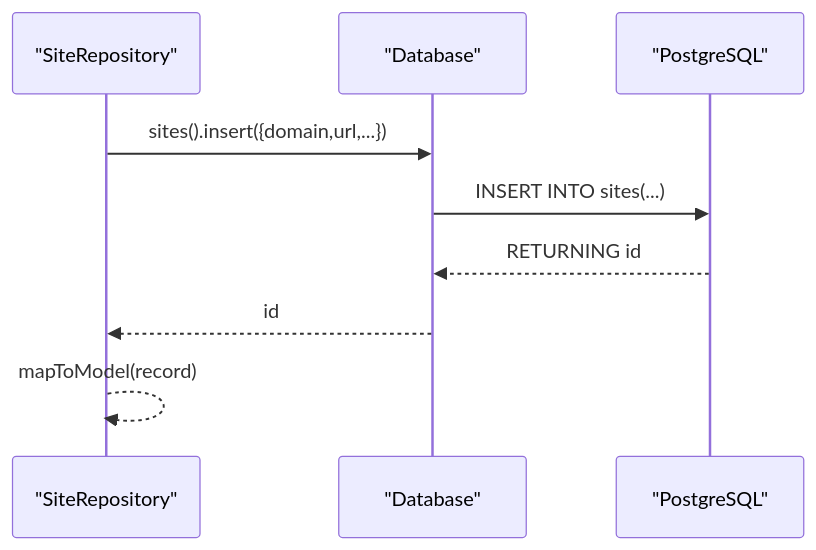
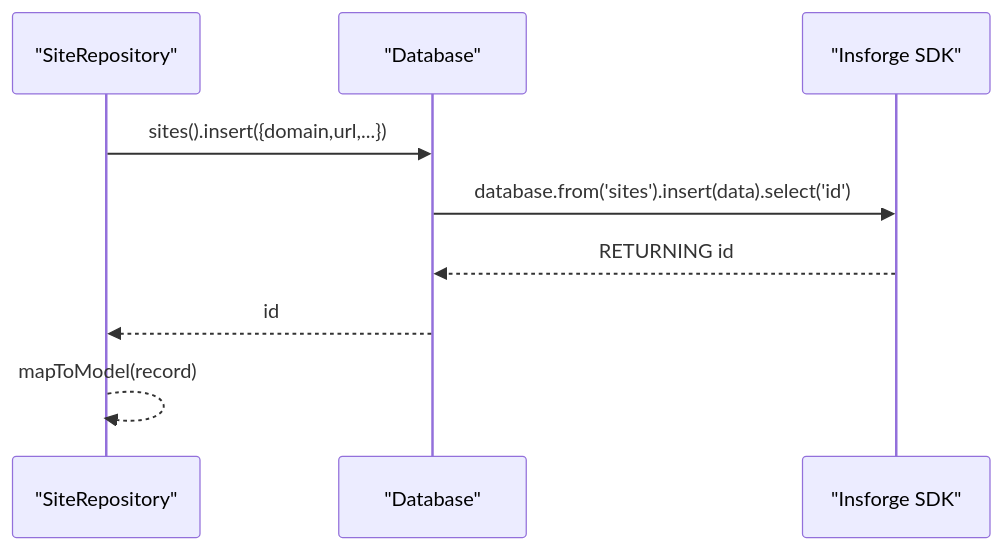
One commit to vishnusaibhosekar/ares changed the fourth of 7 diagrams in .qoder/repowiki/en/content/Database Schema.md. Above: the diagram before and after it, drawn with Mermaid. The commit also changed other lines of this file and 12 other files, not shown here.

Commit message:
fix: gracefully handle @insforge/sdk unavailability with try-catch require

````diff
--- a/.qoder/repowiki/en/content/Database Schema.md
+++ b/.qoder/repowiki/en/content/Database Schema.md
@@ -321,11 +295,11 @@
 ```mermaid
 sequenceDiagram
 participant Repo as "SiteRepository"
 participant DB as "Database"
-participant Pg as "PostgreSQL"
+participant IF as "Insforge SDK"
 Repo->>DB : sites().insert({domain,url,...})
-DB->>Pg : INSERT INTO sites(...)
-Pg-->>DB : RETURNING id
+DB->>IF : database.from('sites').insert(data).select('id')
+IF-->>DB : RETURNING id
 DB-->>Repo : id
 Repo-->>Repo : mapToModel(record)
 ```
````
